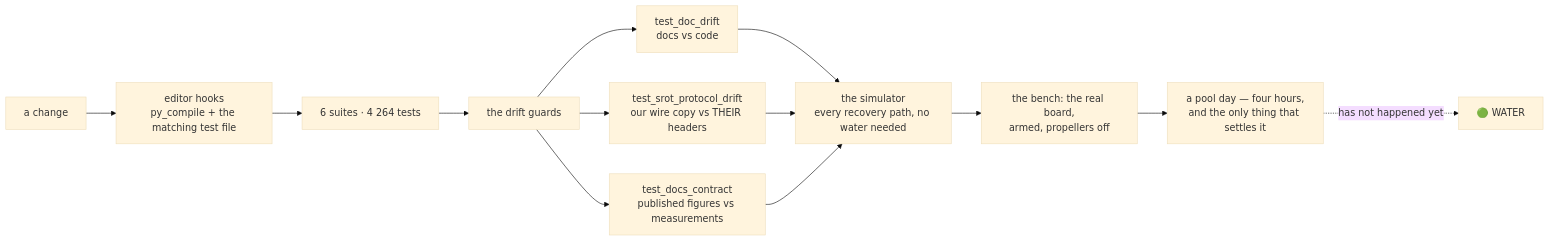
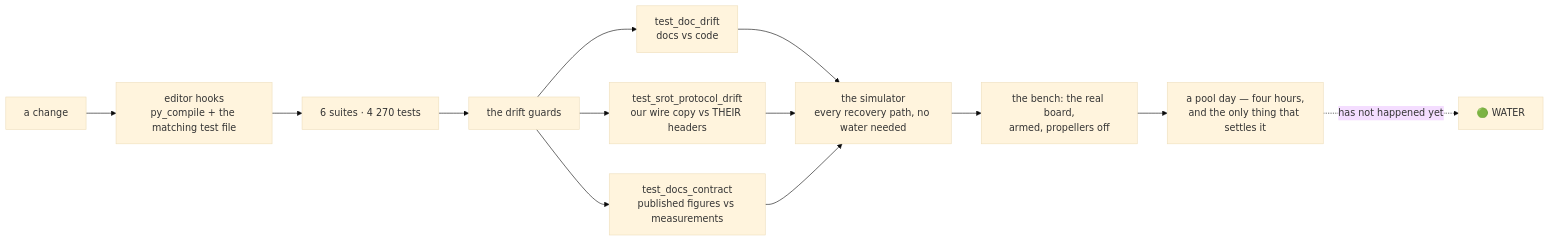
The ninth of 10 diagrams in README.md (fh1m/mongla_ws), drawn with Mermaid (base theme) before and after one commit. The commit also changed other lines of this file and 7 other files, not shown here.

First line of the commit message:
fix(localization): a stale flow sample is carried to now, and replay restores and counts honestly

````diff
--- a/README.md
+++ b/README.md
@@ -752,15 +752,15 @@
 ```mermaid
 flowchart LR
     DEV["a change"] --> HOOK["editor hooks<br/>py_compile + the matching test file"]
-    HOOK --> UNIT["6 suites · 4 264 tests"]
+    HOOK --> UNIT["6 suites · 4 270 tests"]
     UNIT --> GUARD["the drift guards"]
     GUARD --> G1["test_doc_drift<br/>docs vs code"]
     GUARD --> G2["test_srot_protocol_drift<br/>our wire copy vs THEIR headers"]
     GUARD --> G3["test_docs_contract<br/>published figures vs measurements"]
     G1 --> SIM["the simulator<br/>every recovery path, no water needed"]
     G2 --> SIM
     G3 --> SIM
     SIM --> BENCH["the bench: the real board,<br/>armed, propellers off"]
     BENCH --> POOL["a pool day — four hours,<br/>and the only thing that settles it"]
     POOL -.->|"has not happened yet"| WATER["🟢 WATER"]
 ```
````
